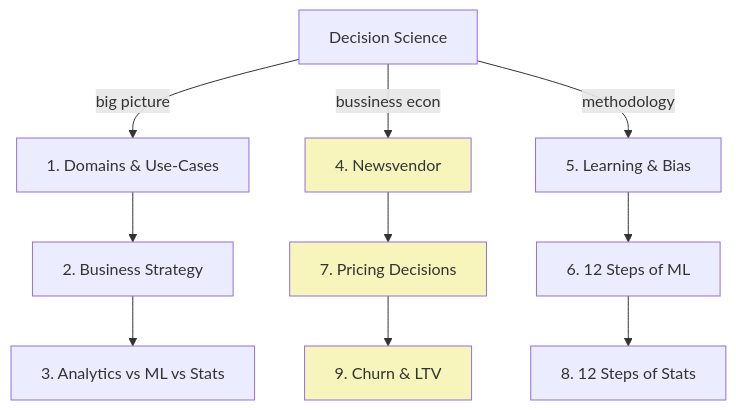
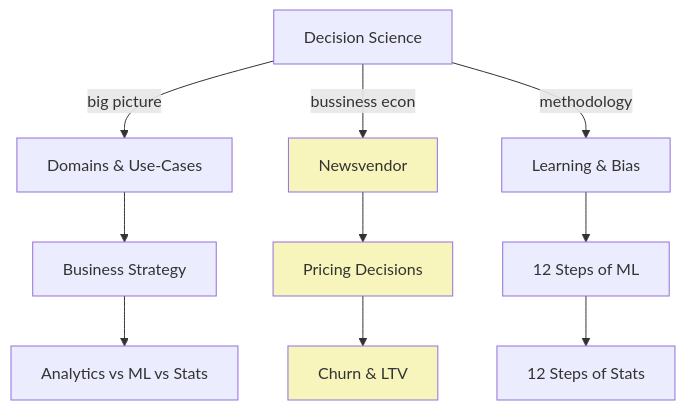
One commit to Bizovi/decision-making-website changed the diagram in course_book/01_fundamentals/0_study_guide.qmd. Above: the diagram before and after it, drawn with Mermaid. The commit also changed other lines of this file and 49 other files, not shown here.

````diff
--- a/course_book/01_fundamentals/0_study_guide.qmd
+++ b/course_book/01_fundamentals/0_study_guide.qmd
@@ -26,19 +27,22 @@
 ```{mermaid}
 %%| label: fig-mermaid
 %%| fig-width: 9
 %%| fig-cap: |
 %%|   A mind map of lectures grouped by theme so you can navigate the study guide easier. See below all the topics, case-studies, references, and readings for each chapter or lecture.
 
 flowchart TD
 
-    DM[Decision Science] -- big picture --> App[1. Domains & Use-Cases] --> Strat[2. Business Strategy] --> Adv[3. Analytics vs ML vs Stats]
+    DM[Decision Science] -- big picture --> App[Domains & Use-Cases]
+     --> Strat[Business Strategy] --> Adv[Analytics vs ML vs Stats]
 
-    DM -- bussiness econ --> NW[4. Newsvendor] --> PD[7. Pricing Decisions] --> Churn[9. Churn & LTV]
+    DM -- bussiness econ --> NW[Newsvendor] --> PD[Pricing Decisions] 
+        --> Churn[Churn & LTV]
 
-    DM -- methodology --> ML[5. Learning & Bias] --> ML12[6. 12 Steps of ML] --> Stat[8. 12 Steps of Stats]
+    DM -- methodology --> ML[Learning & Bias] --> ML12[12 Steps of ML] 
+        --> Stat[12 Steps of Stats]
 
 
     style NW fill:#f7f5bc
     style PD fill:#f7f5bc
     style Churn fill:#f7f5bc
 ```
````
